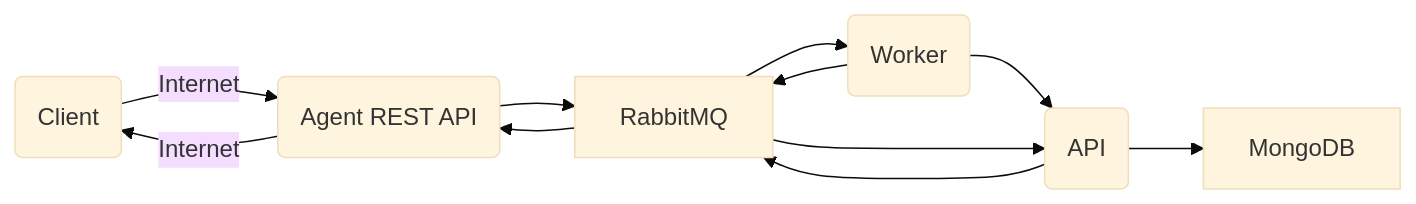
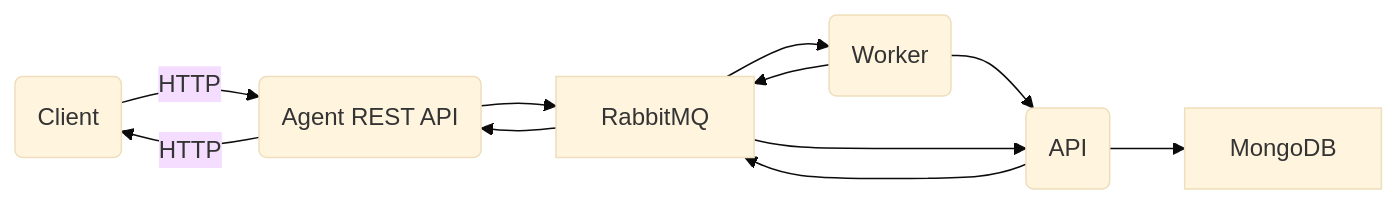
The first of 2 diagrams in docs/getting-started.md (canyanio/rating-integration), drawn with Mermaid (base theme) before and after one commit. The commit also changed other lines of this file and 8 other files, not shown here.

```diff
--- a/docs/getting-started.md
+++ b/docs/getting-started.md
@@ -17,13 +17,13 @@
 <div class="mermaid">
 graph LR
-    C(Client) -->|Internet| AGT(Agent REST API)
+    C(Client) -->|HTTP| AGT(Agent REST API)
     RMQ[RabbitMQ] --> AGT
     API(API) --> RMQ
     API --> MDB[MongoDB]
     W(Worker) --> API
     RMQ --> W
     W --> RMQ
     AGT --> RMQ
-    AGT -->|Internet| C
+    AGT -->|HTTP| C
     RMQ --> API
 </div>
```
